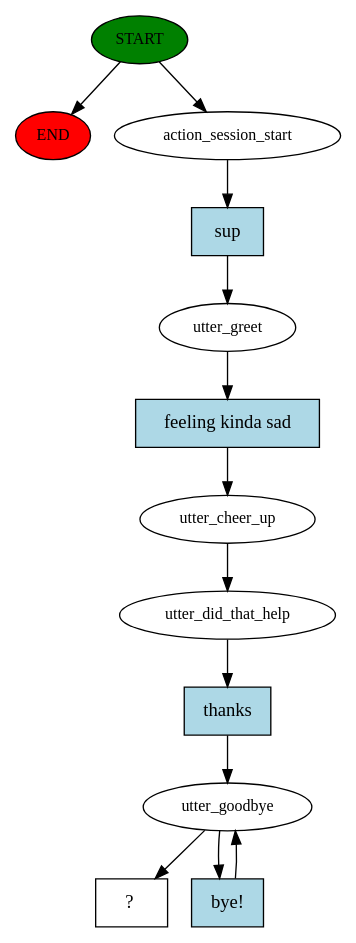
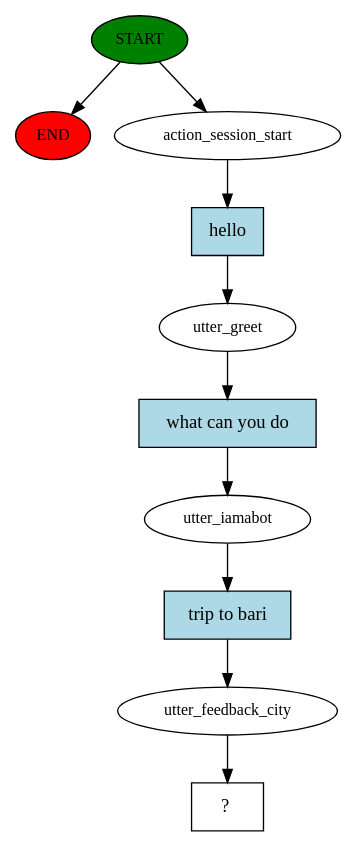
One commit to paolocalderaro/DT2151_TravelBot_project changed the diagram in story_graph.dot. Above: the diagram before and after it, drawn with Graphviz. The commit also changed 6 other files, not shown here.

```diff
--- a/story_graph.dot
+++ b/story_graph.dot
@@ -1,26 +1,21 @@
 digraph  {
 0 [class="start active", fillcolor=green, fontsize=12, label=START, style=filled];
 "-1" [class=end, fillcolor=red, fontsize=12, label=END, style=filled];
 1 [class=active, fontsize=12, label=action_session_start];
 2 [class=active, fontsize=12, label=utter_greet];
-3 [class=active, fontsize=12, label=utter_cheer_up];
-4 [class=active, fontsize=12, label=utter_did_that_help];
-5 [class=active, fontsize=12, label=utter_goodbye];
-7 [class="intent dashed active", label="  ?  ", shape=rect];
-8 [class="intent active", fillcolor=lightblue, label=sup, shape=rect, style=filled];
-9 [class="intent active", fillcolor=lightblue, label="feeling kinda sad", shape=rect, style=filled];
-10 [class="intent active", fillcolor=lightblue, label=thanks, shape=rect, style=filled];
-11 [class="intent active", fillcolor=lightblue, label="bye!", shape=rect, style=filled];
+3 [class=active, fontsize=12, label=utter_iamabot];
+4 [class=active, fontsize=12, label=utter_feedback_city];
+5 [class="intent dashed active", label="  ?  ", shape=rect];
+6 [class="intent active", fillcolor=lightblue, label=hello, shape=rect, style=filled];
+7 [class="intent active", fillcolor=lightblue, label="what can you do", shape=rect, style=filled];
+8 [class="intent active", fillcolor=lightblue, label="trip to bari", shape=rect, style=filled];
 0 -> "-1"  [class="", key=NONE, label=""];
 0 -> 1  [class=active, key=NONE, label=""];
-1 -> 8  [class=active, key=0];
-2 -> 9  [class=active, key=0];
-3 -> 4  [class=active, key=NONE, label=""];
-4 -> 10  [class=active, key=0];
-5 -> 7  [class=active, key=NONE, label=""];
-5 -> 11  [class=active, key=0];
-8 -> 2  [class=active, key=0];
-9 -> 3  [class=active, key=0];
-10 -> 5  [class=active, key=0];
-11 -> 5  [class=active, key=0];
+1 -> 6  [class=active, key=0];
+2 -> 7  [class=active, key=0];
+3 -> 8  [class=active, key=0];
+4 -> 5  [class=active, key=NONE, label=""];
+6 -> 2  [class=active, key=0];
+7 -> 3  [class=active, key=0];
+8 -> 4  [class=active, key=0];
 }
```
